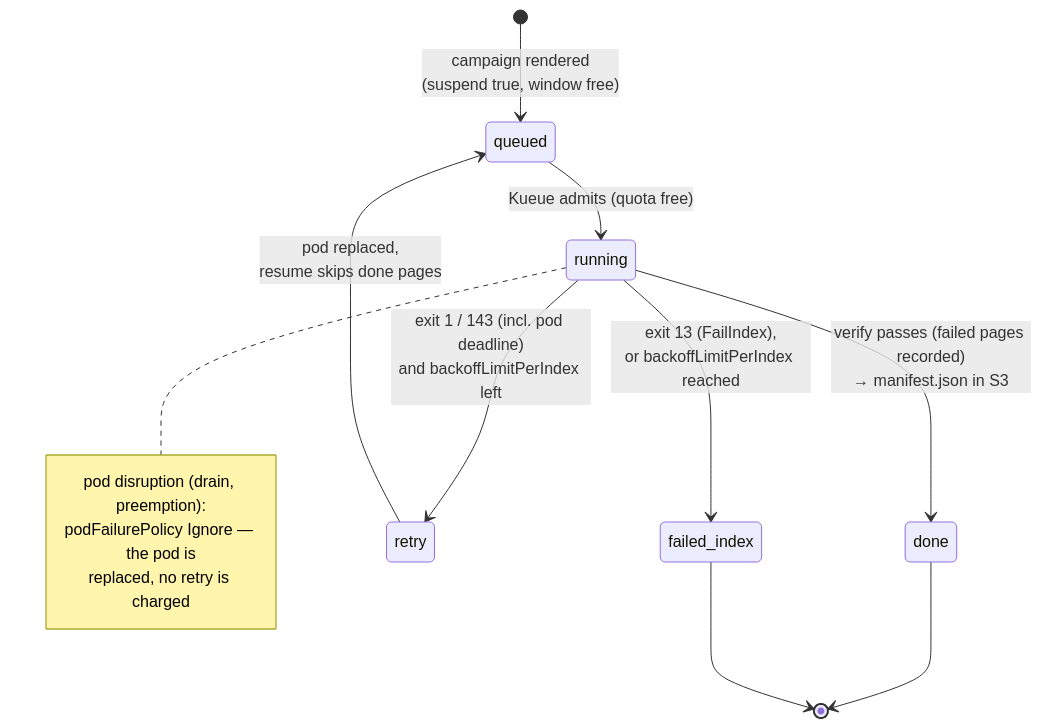
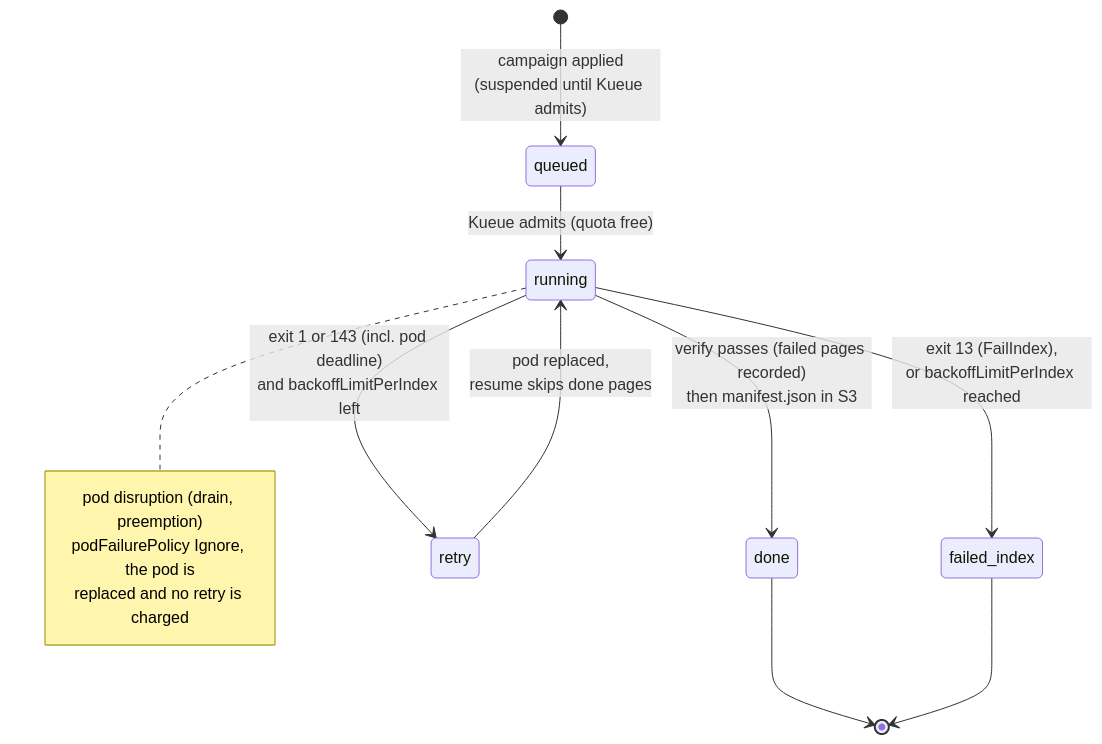
Before and after one commit to AI-Riksarkivet/htrflow-batch: the diagram in docs/how-it-works/failure-handling.md, drawn with Mermaid. The commit also changed other lines of this file, not shown here.

First line of the commit message:
docs(how-it-works): failure handling states invariants, exit codes, retries and warm-up failures without history

````diff
--- a/docs/how-it-works/failure-handling.md
+++ b/docs/how-it-works/failure-handling.md
@@ -11,16 +14,16 @@
 ```mermaid
 stateDiagram-v2
-    [*] --> queued: campaign rendered<br/>(suspend true, window free)
+    [*] --> queued: campaign applied<br/>(suspended until Kueue admits)
     queued --> running: Kueue admits (quota free)
-    running --> done: verify passes (failed pages recorded)<br/>→ manifest.json in S3
-    running --> retry: exit 1 / 143 (incl. pod deadline)<br/>and backoffLimitPerIndex left
+    running --> done: verify passes (failed pages recorded)<br/>then manifest.json in S3
+    running --> retry: exit 1 or 143 (incl. pod deadline)<br/>and backoffLimitPerIndex left
     running --> failed_index: exit 13 (FailIndex),<br/>or backoffLimitPerIndex reached
-    retry --> queued: pod replaced,<br/>resume skips done pages
+    retry --> running: pod replaced,<br/>resume skips done pages
     done --> [*]
     failed_index --> [*]
     note right of running
-        pod disruption (drain, preemption):
-        podFailurePolicy Ignore — the pod is
-        replaced, no retry is charged
+        pod disruption (drain, preemption)
+        podFailurePolicy Ignore, the pod is
+        replaced and no retry is charged
     end note
 ```
````
